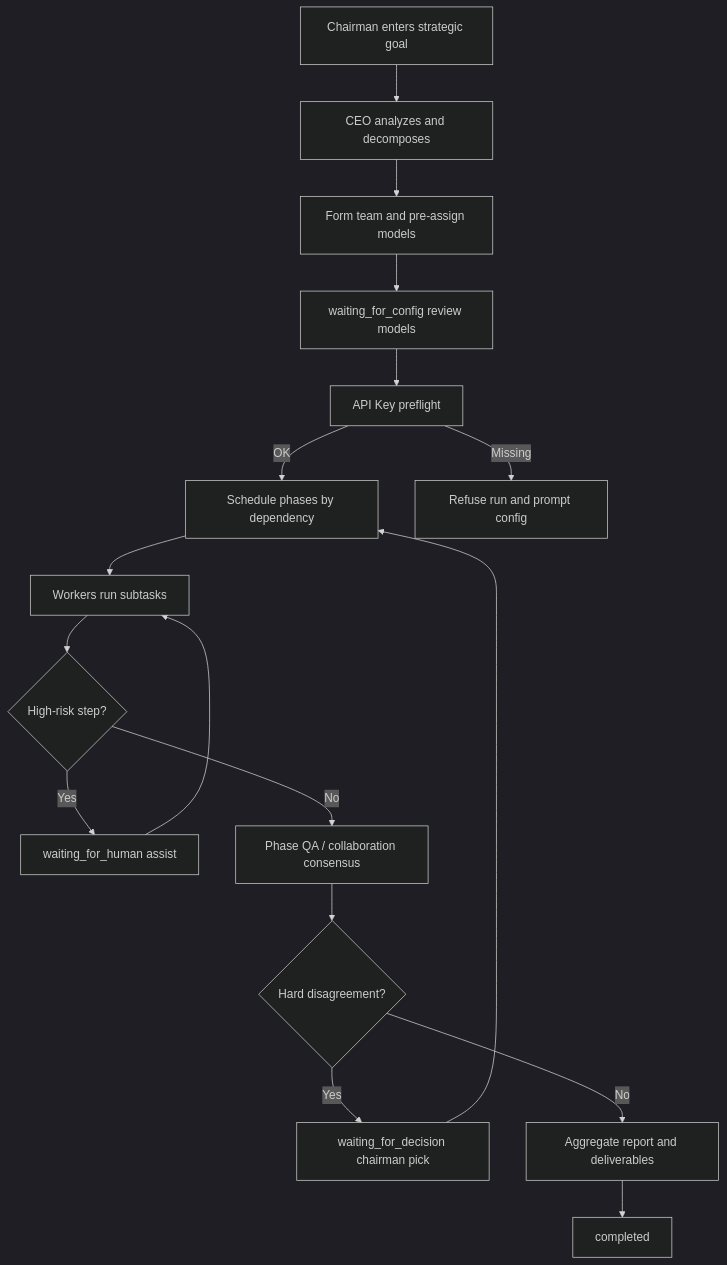
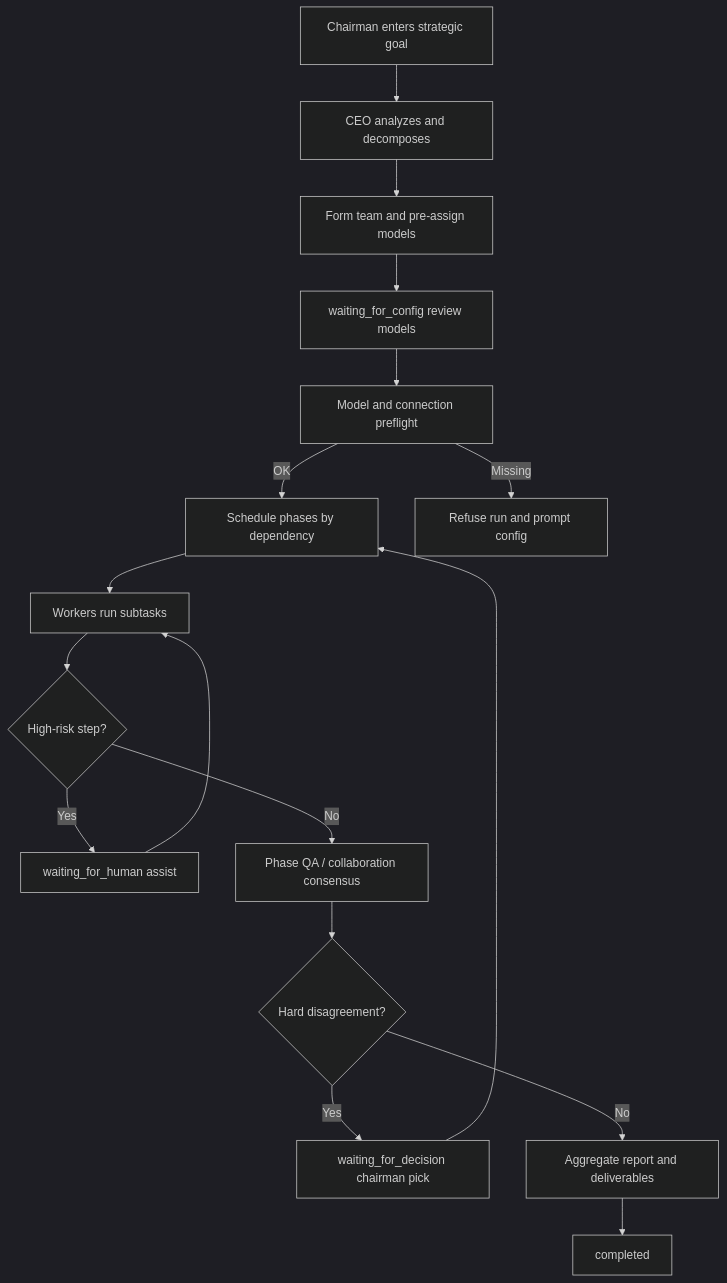
The diagram in README.en.md (hudijiang/ai-team-engine), drawn with Mermaid (dark theme) before and after one commit. The commit also changed other lines of this file and 33 other files, not shown here.

````diff
--- a/README.en.md
+++ b/README.en.md
@@ -16,19 +16,19 @@
 ```mermaid
 flowchart TD
     A[Chairman enters strategic goal] --> B[CEO analyzes and decomposes]
     B --> C[Form team and pre-assign models]
     C --> D[waiting_for_config review models]
-    D --> E[API Key preflight]
+    D --> E[Model and connection preflight]
     E -->|OK| F[Schedule phases by dependency]
     E -->|Missing| G[Refuse run and prompt config]
     F --> H[Workers run subtasks]
     H --> I{High-risk step?}
     I -->|Yes| J[waiting_for_human assist]
     J --> H
     I -->|No| K[Phase QA / collaboration consensus]
     K --> L{Hard disagreement?}
     L -->|Yes| M[waiting_for_decision chairman pick]
     M --> F
     L -->|No| N[Aggregate report and deliverables]
     N --> O[completed]
 ```
````
